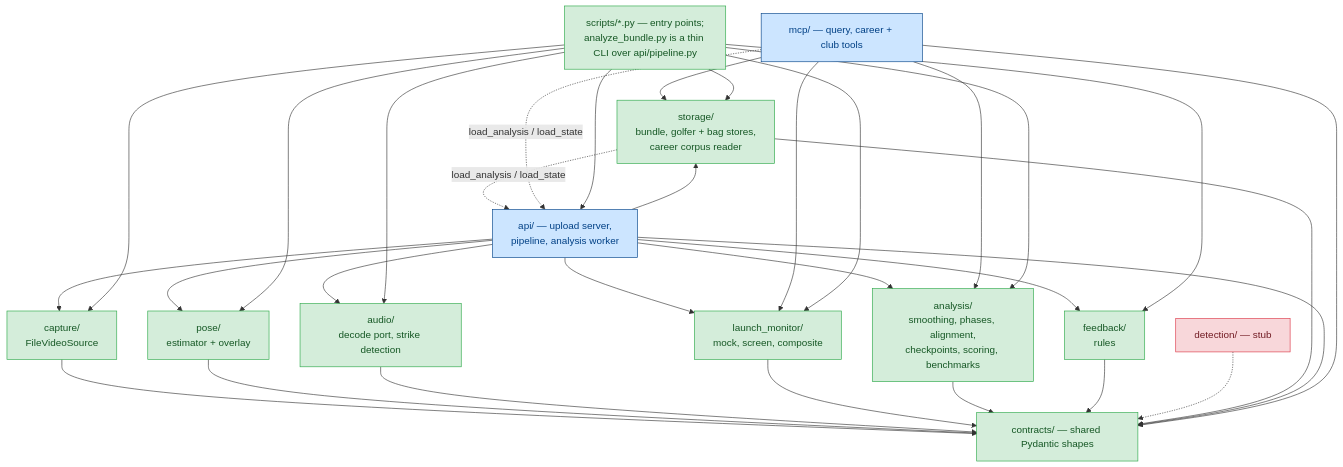
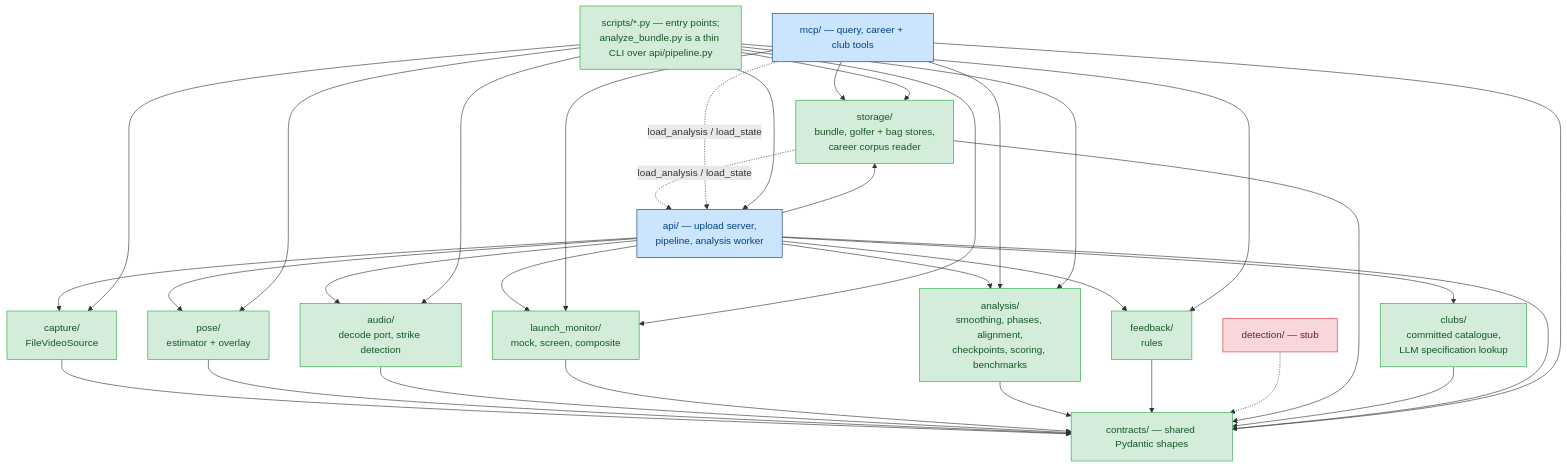
One commit to MildTreeRat/golf-coach changed the second of 3 diagrams in docs/ARCHITECTURE.md. Above: the diagram before and after it, drawn with Mermaid. The commit also changed other lines of this file and 27 other files, not shown here.

````diff
--- a/docs/ARCHITECTURE.md
+++ b/docs/ARCHITECTURE.md
@@ -186,47 +187,49 @@
 ```mermaid
 flowchart TD
     C["contracts/ — shared Pydantic shapes"]
 
     CAP["capture/<br/>FileVideoSource"] --> C
     POSE["pose/<br/>estimator + overlay"] --> C
     AUD["audio/<br/>decode port, strike detection"] --> C
     LMM["launch_monitor/<br/>mock, screen, composite"] --> C
     ANA["analysis/<br/>smoothing, phases, alignment,<br/>checkpoints, scoring, benchmarks"] --> C
     FB["feedback/<br/>rules"] --> C
     DET["detection/ — stub"] -.-> C
     STO["storage/<br/>bundle, golfer + bag stores,<br/>career corpus reader"] --> C
+    CLB["clubs/<br/>committed catalogue,<br/>LLM specification lookup"] --> C
 
     API["api/ — upload server,<br/>pipeline, analysis worker"] --> C
     MCP["mcp/ — query, career + club tools"] --> C
 
     API --> CAP
     API --> POSE
     API --> AUD
     API --> ANA
     API --> FB
     API --> LMM
     API --> STO
+    API --> CLB
 
     MCP --> ANA
     MCP --> STO
     MCP --> LMM
 
     STO -. "load_analysis / load_state" .-> API
     MCP -. "load_analysis / load_state" .-> API
 
     CLI["scripts/*.py — entry points;<br/>analyze_bundle.py is a thin CLI over api/pipeline.py"] --> API
     CLI --> CAP
     CLI --> POSE
     CLI --> AUD
     CLI --> ANA
     CLI --> FB
     CLI --> LMM
     CLI --> STO
 
     classDef built fill:#d4edda,stroke:#28a745,color:#155724;
     classDef stub fill:#f8d7da,stroke:#dc3545,color:#721c24;
     classDef shell fill:#cce5ff,stroke:#004085,color:#004085;
-    class C,CAP,POSE,AUD,LMM,ANA,FB,CLI,STO built;
+    class C,CAP,POSE,AUD,LMM,ANA,FB,CLI,STO,CLB built;
     class API,MCP shell;
     class DET stub;
 ```
````
